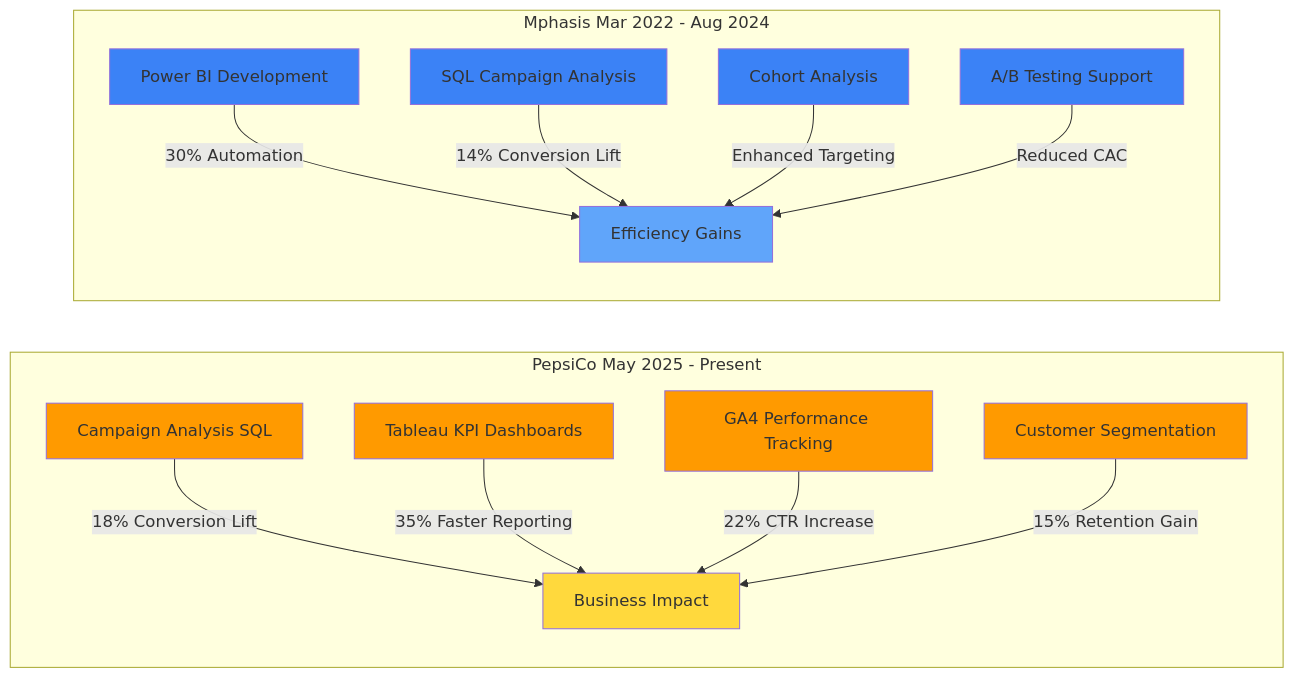
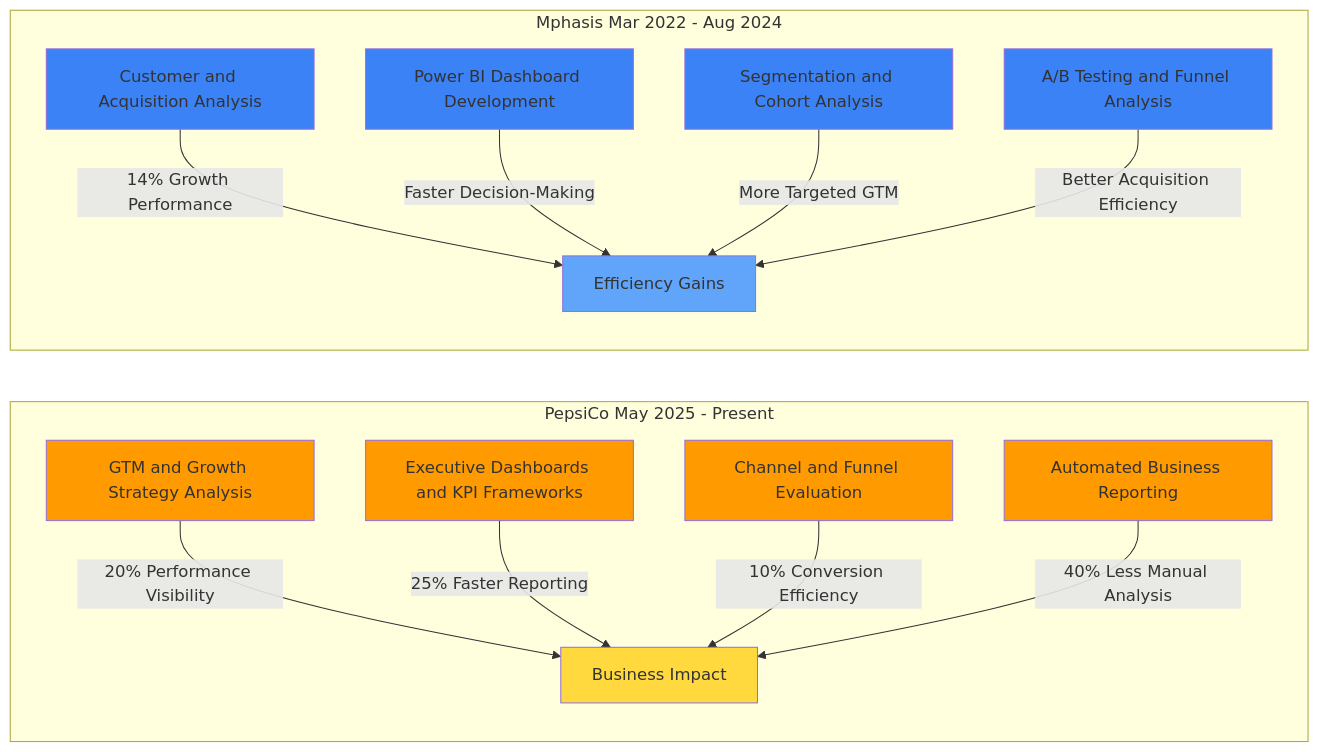
The fourth of 5 diagrams in README.md (aryan131199/aryan131199), drawn with Mermaid before and after one commit. The commit also changed other lines of this file, not shown here.

````diff
--- a/README.md
+++ b/README.md
@@ -191,37 +193,37 @@
 ```mermaid
 graph LR
     subgraph PepsiCo May 2025 - Present
-        A1[Campaign Analysis SQL]
-        A2[Tableau KPI Dashboards]
-        A3[GA4 Performance Tracking]
-        A4[Customer Segmentation]
-        
-        A1 -->|18% Conversion Lift| A5[Business Impact]
-        A2 -->|35% Faster Reporting| A5
-        A3 -->|22% CTR Increase| A5
-        A4 -->|15% Retention Gain| A5
+        A1[GTM and Growth Strategy Analysis]
+        A2[Executive Dashboards and KPI Frameworks]
+        A3[Channel and Funnel Evaluation]
+        A4[Automated Business Reporting]
+
+        A1 -->|20% Performance Visibility| A5[Business Impact]
+        A2 -->|25% Faster Reporting| A5
+        A3 -->|10% Conversion Efficiency| A5
+        A4 -->|40% Less Manual Analysis| A5
     end
-    
+
     subgraph Mphasis Mar 2022 - Aug 2024
-        B1[Power BI Development]
-        B2[SQL Campaign Analysis]
-        B3[Cohort Analysis]
-        B4[A/B Testing Support]
-        
-        B1 -->|30% Automation| B5[Efficiency Gains]
-        B2 -->|14% Conversion Lift| B5
-        B3 -->|Enhanced Targeting| B5
-        B4 -->|Reduced CAC| B5
+        B1[Customer and Acquisition Analysis]
+        B2[Power BI Dashboard Development]
+        B3[Segmentation and Cohort Analysis]
+        B4[A/B Testing and Funnel Analysis]
+
+        B1 -->|14% Growth Performance| B5[Efficiency Gains]
+        B2 -->|Faster Decision-Making| B5
+        B3 -->|More Targeted GTM| B5
+        B4 -->|Better Acquisition Efficiency| B5
     end
-    
+
     style A1 fill:#FF9A00
     style A2 fill:#FF9A00
     style A3 fill:#FF9A00
     style A4 fill:#FF9A00
     style A5 fill:#FFD93D
     style B1 fill:#3B82F6
     style B2 fill:#3B82F6
     style B3 fill:#3B82F6
     style B4 fill:#3B82F6
     style B5 fill:#60A5FA
 ```
````
